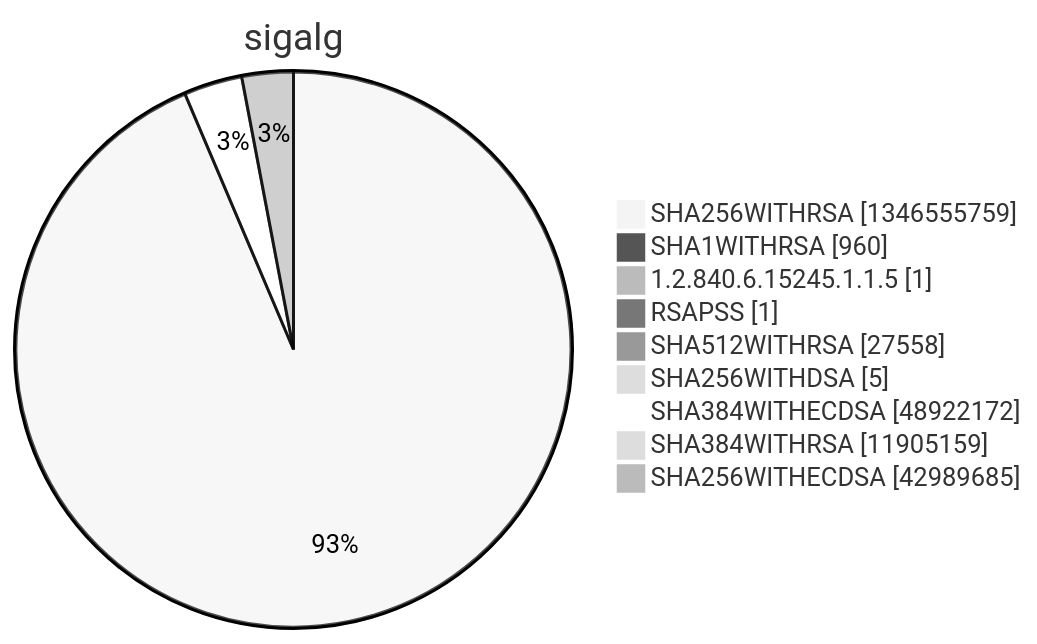
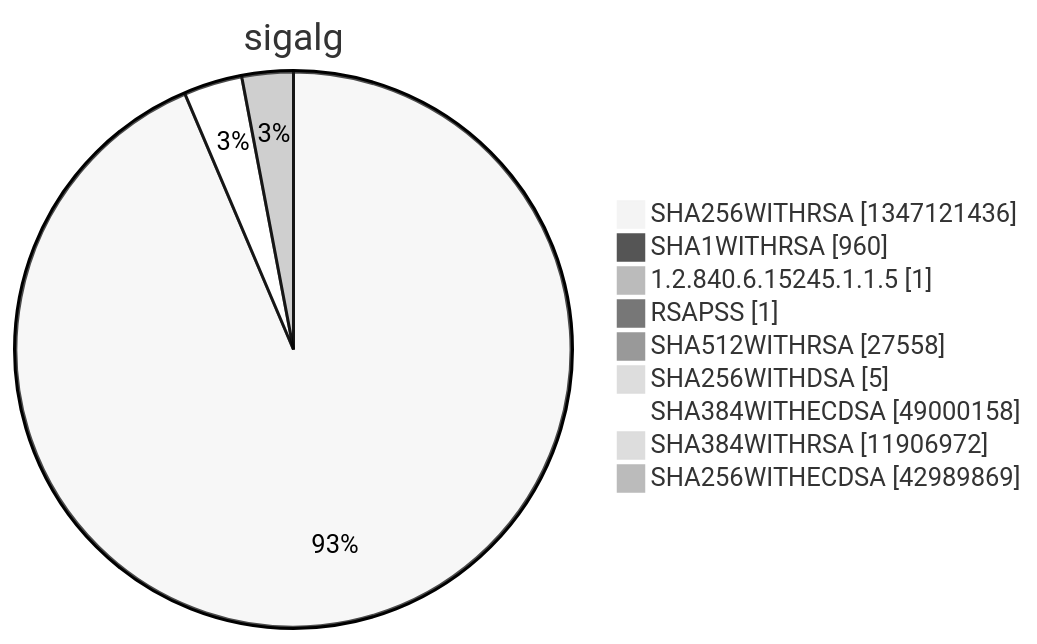
Before and after one commit to christiankrug/ctmonitor_visualization: diagram 15 of 15 in argon2022/README.md, drawn with Mermaid (neutral theme). The commit also changed other lines of this file, not shown here.

````diff
--- a/argon2022/README.md
+++ b/argon2022/README.md
@@ -5524,13 +5524,13 @@
 ```mermaid
 pie showData
 title sigalg
-"SHA256WITHRSA" :1346555759
+"SHA256WITHRSA" :1347121436
 "SHA1WITHRSA" :960
 "1.2.840.6.15245.1.1.5" :1
 "RSAPSS" :1
 "SHA512WITHRSA" :27558
 "SHA256WITHDSA" :5
-"SHA384WITHECDSA" :48922172
-"SHA384WITHRSA" :11905159
-"SHA256WITHECDSA" :42989685
+"SHA384WITHECDSA" :49000158
+"SHA384WITHRSA" :11906972
+"SHA256WITHECDSA" :42989869
 ```
````
